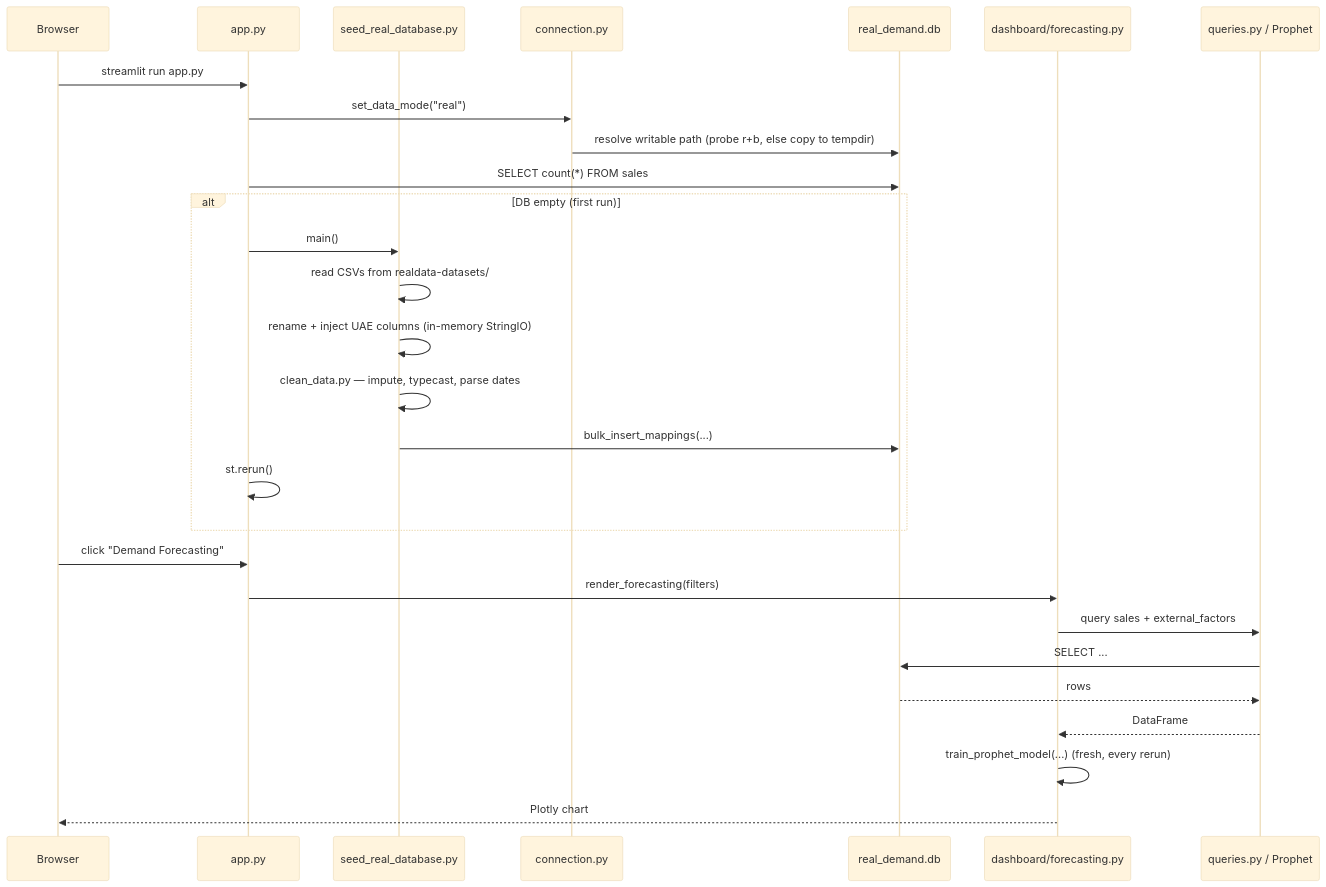
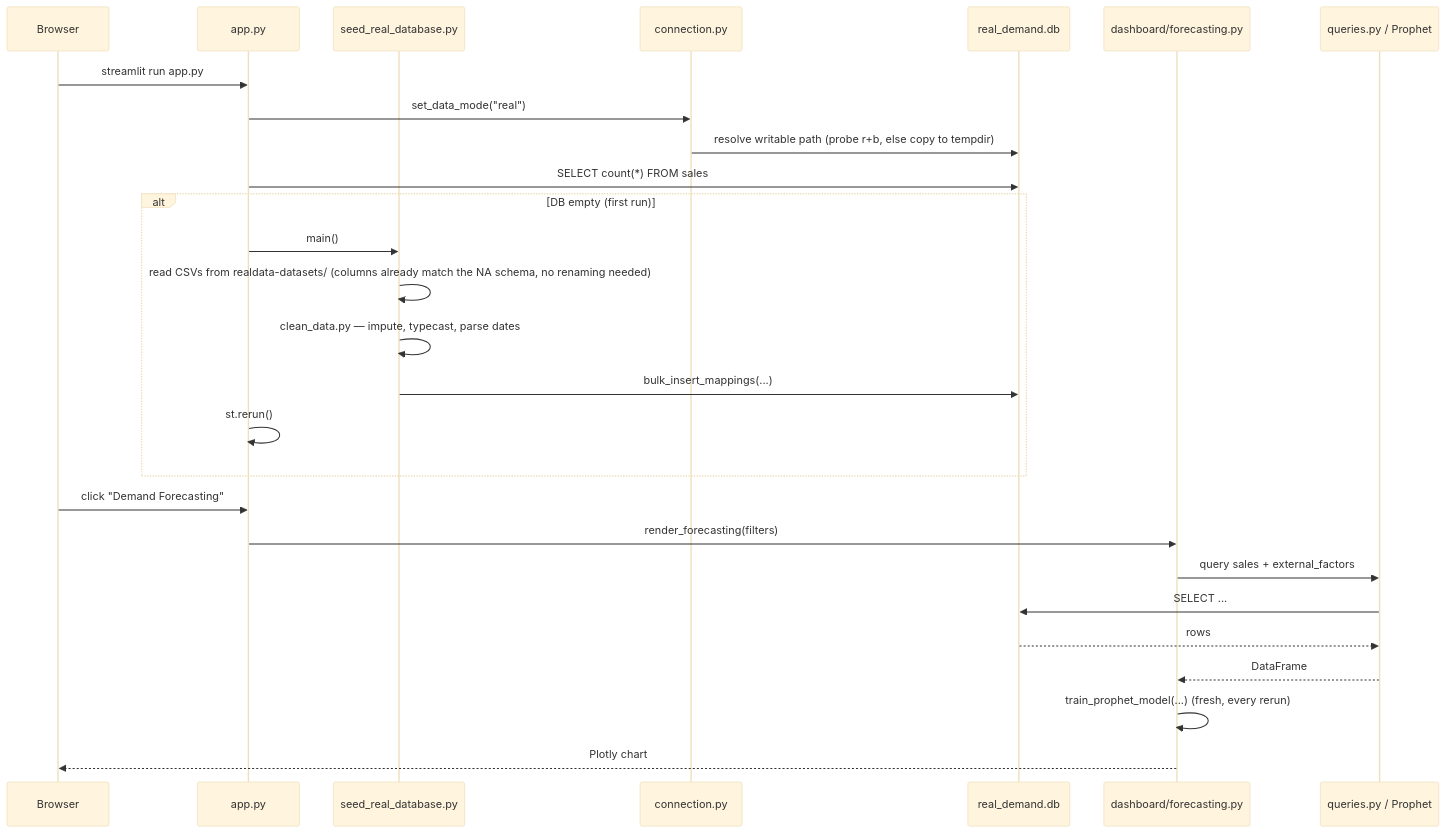
One commit to pushpalhedau/Demand-Prediction changed the third of 6 diagrams in TECHNICAL_DOCUMENTATION.md. Above: the diagram before and after it, drawn with Mermaid (base theme). The commit also changed other lines of this file and 69 other files, not shown here.

````diff
--- a/TECHNICAL_DOCUMENTATION.md
+++ b/TECHNICAL_DOCUMENTATION.md
@@ -330,31 +330,30 @@
 ```mermaid
 sequenceDiagram
     participant U as Browser
     participant App as app.py
     participant Seed as seed_real_database.py
     participant Conn as connection.py
     participant DB as real_demand.db
     participant Dash as dashboard/forecasting.py
     participant Q as queries.py / Prophet
 
     U->>App: streamlit run app.py
     App->>Conn: set_data_mode("real")
     Conn->>DB: resolve writable path (probe r+b, else copy to tempdir)
     App->>DB: SELECT count(*) FROM sales
     alt DB empty (first run)
         App->>Seed: main()
-        Seed->>Seed: read CSVs from realdata-datasets/
-        Seed->>Seed: rename + inject UAE columns (in-memory StringIO)
+        Seed->>Seed: read CSVs from realdata-datasets/ (columns already match the NA schema, no renaming needed)
         Seed->>Seed: clean_data.py — impute, typecast, parse dates
         Seed->>DB: bulk_insert_mappings(...)
         App->>App: st.rerun()
     end
     U->>App: click "Demand Forecasting"
     App->>Dash: render_forecasting(filters)
     Dash->>Q: query sales + external_factors
     Q->>DB: SELECT ...
     DB-->>Q: rows
     Q-->>Dash: DataFrame
     Dash->>Dash: train_prophet_model(...)  (fresh, every rerun)
     Dash-->>U: Plotly chart
 ```
````
